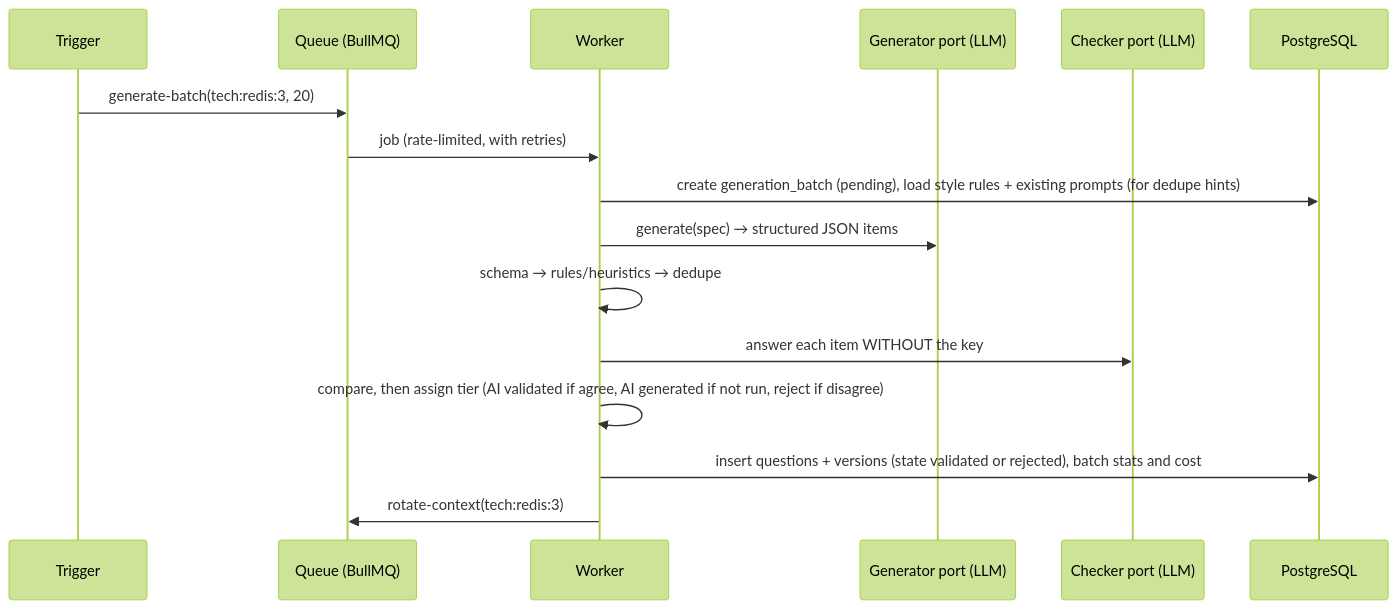
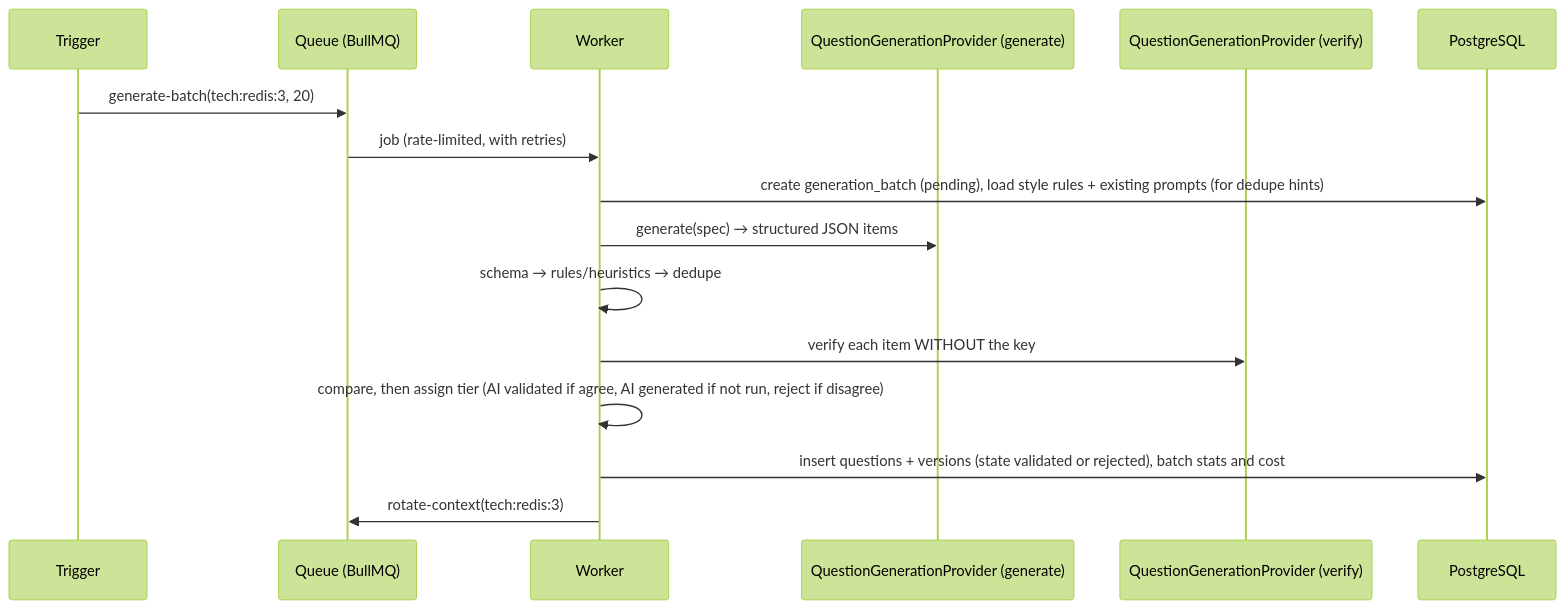
One commit to ricardoverita/cv-rush changed the diagram in docs/architecture/10-ai-question-pipeline.md. Above: the diagram before and after it, drawn with Mermaid (forest theme). The commit also changed other lines of this file and 56 other files, not shown here.

First line of the commit message:
docs: approve architecture with provider-agnostic AI and deferred hosting

````diff
--- a/docs/architecture/10-ai-question-pipeline.md
+++ b/docs/architecture/10-ai-question-pipeline.md
@@ -25,18 +25,18 @@
 ```mermaid
 sequenceDiagram
   participant T as Trigger
   participant Q as Queue (BullMQ)
   participant W as Worker
-  participant G as Generator port (LLM)
-  participant C as Checker port (LLM)
+  participant G as QuestionGenerationProvider (generate)
+  participant C as QuestionGenerationProvider (verify)
   participant DB as PostgreSQL
   T->>Q: generate-batch(tech:redis:3, 20)
   Q->>W: job (rate-limited, with retries)
   W->>DB: create generation_batch (pending), load style rules + existing prompts (for dedupe hints)
   W->>G: generate(spec) → structured JSON items
   W->>W: schema → rules/heuristics → dedupe
-  W->>C: answer each item WITHOUT the key
+  W->>C: verify each item WITHOUT the key
   W->>W: compare, then assign tier (AI validated if agree, AI generated if not run, reject if disagree)
   W->>DB: insert questions + versions (state validated or rejected), batch stats and cost
   W->>Q: rotate-context(tech:redis:3)
 ```
````
